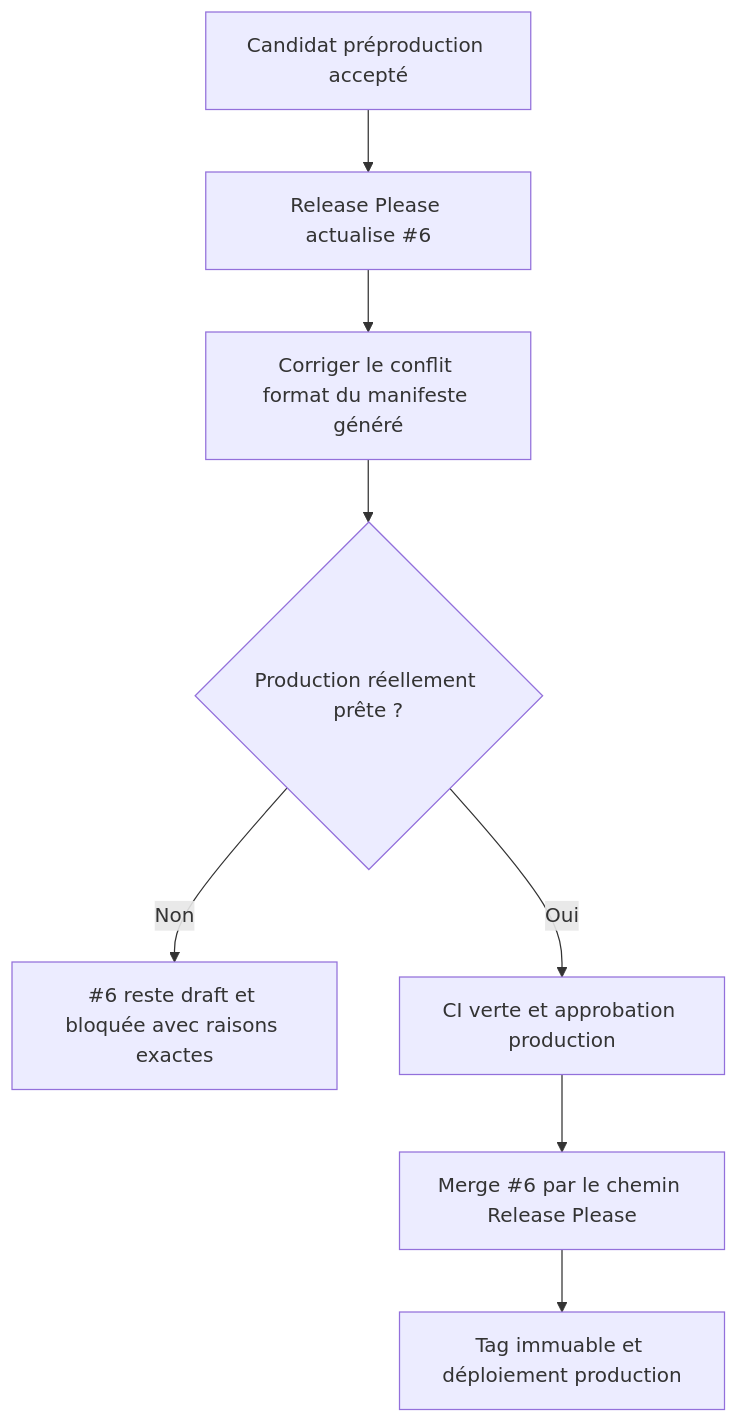
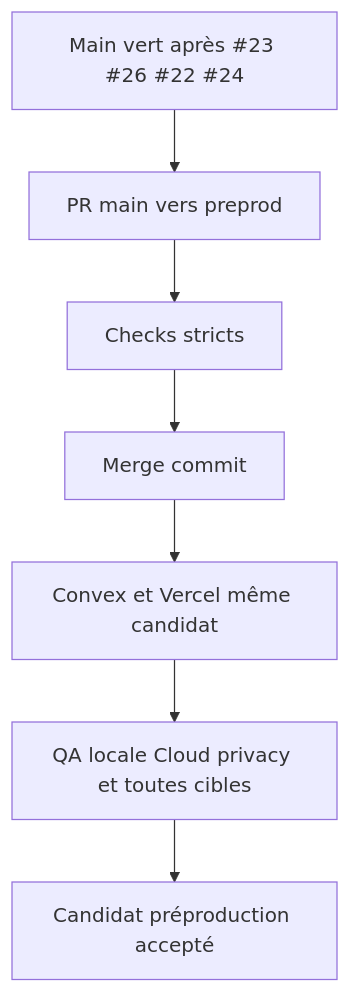
One commit to neogenz/screenforge changed the first of 2 diagrams in aidd_docs/tasks/2026_08/2026_08_22_integrate-open-pull-requests/phase-7.md. Above: the diagram before and after it, drawn with Mermaid. The commit also changed other lines of this file and 8 other files, not shown here.

````diff
--- a/aidd_docs/tasks/2026_08/2026_08_22_integrate-open-pull-requests/phase-7.md
+++ b/aidd_docs/tasks/2026_08/2026_08_22_integrate-open-pull-requests/phase-7.md
@@ -24,10 +19,9 @@
 ```mermaid
 flowchart TD
-  A[Candidat préproduction accepté] --> B[Release Please actualise #6]
-  B --> C[Corriger le conflit format du manifeste généré]
-  C --> D{Production réellement prête ?}
-  D -->|Non| E[#6 reste draft et bloquée avec raisons exactes]
-  D -->|Oui| F[CI verte et approbation production]
-  F --> G[Merge #6 par le chemin Release Please]
-  G --> H[Tag immuable et déploiement production]
+  A[Main vert après #23 #26 #22 #24] --> B[PR main vers preprod]
+  B --> C[Checks stricts]
+  C --> D[Merge commit]
+  D --> E[Convex et Vercel même candidat]
+  E --> F[QA locale Cloud privacy et toutes cibles]
+  F --> G[Candidat préproduction accepté]
 ```
````
